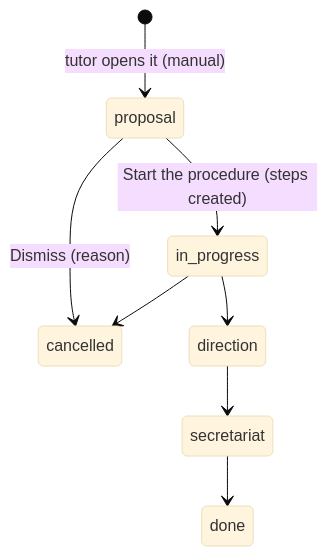
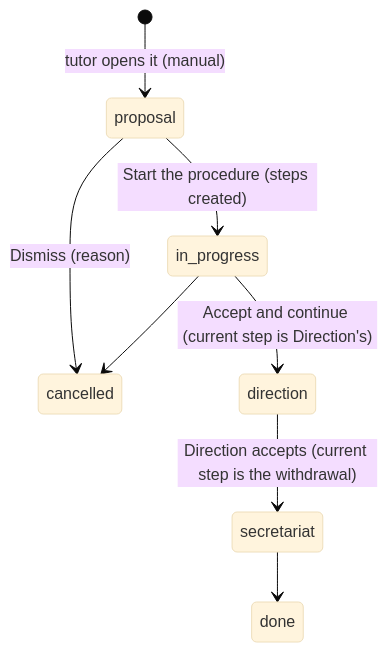
The diagram in docs/en/developers/contacts/ex_officio_withdrawal.md (ElPuig/EMS), drawn with Mermaid (base theme) before and after one commit. The commit also changed other lines of this file and 15 other files, not shown here.

Commit message:
726: ex officio withdrawal steps and tasks, phase 2 (accept and continue, one task per responsible on its day)

````diff
--- a/docs/en/developers/contacts/ex_officio_withdrawal.md
+++ b/docs/en/developers/contacts/ex_officio_withdrawal.md
@@ -60,10 +60,10 @@
 ```mermaid
 stateDiagram-v2
     [*] --> proposal: tutor opens it (manual)
     proposal --> in_progress: Start the procedure (steps created)
     proposal --> cancelled: Dismiss (reason)
-    in_progress --> direction
-    direction --> secretariat
+    in_progress --> direction: Accept and continue (current step is Direction's)
+    direction --> secretariat: Direction accepts (current step is the withdrawal)
     secretariat --> done
     in_progress --> cancelled
 ```
````
